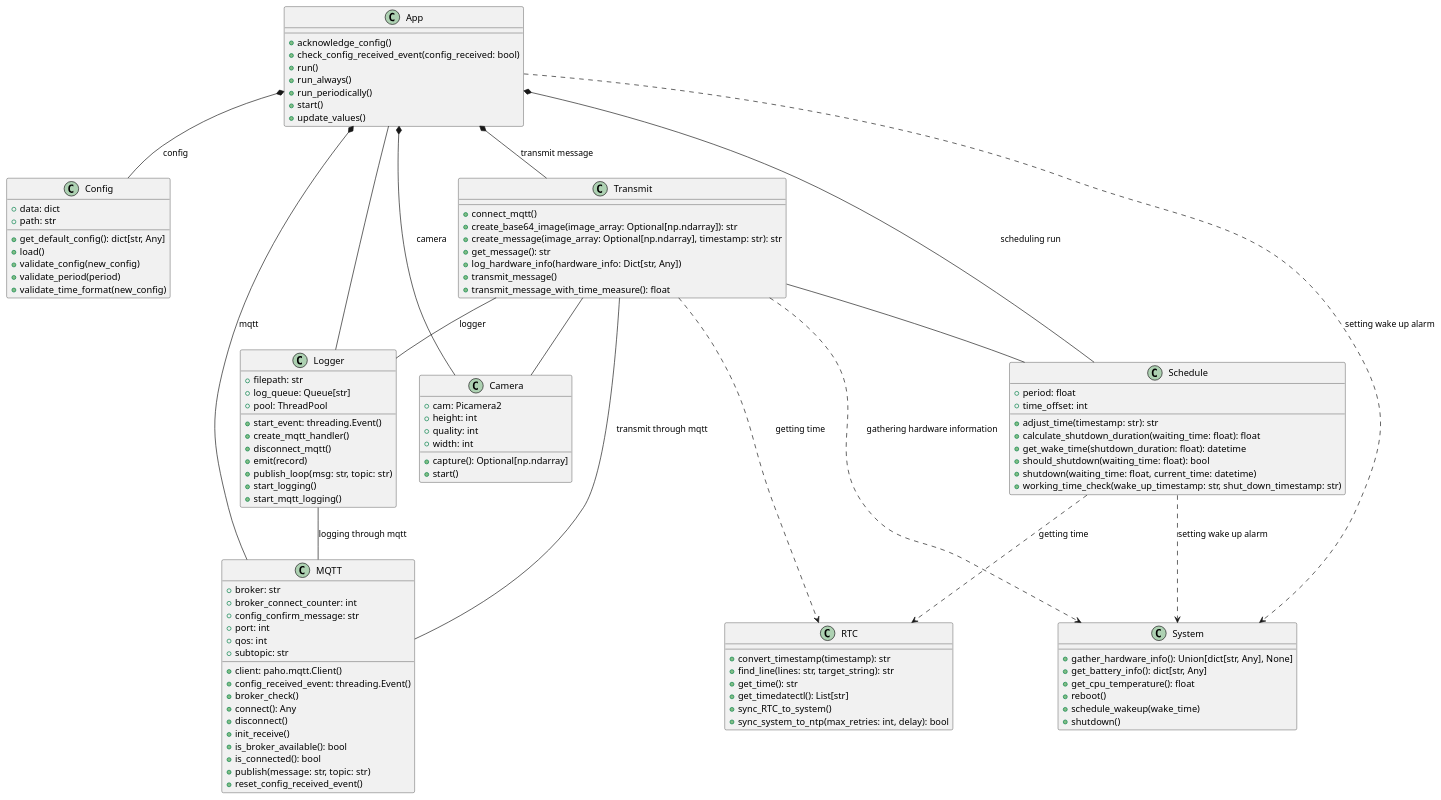
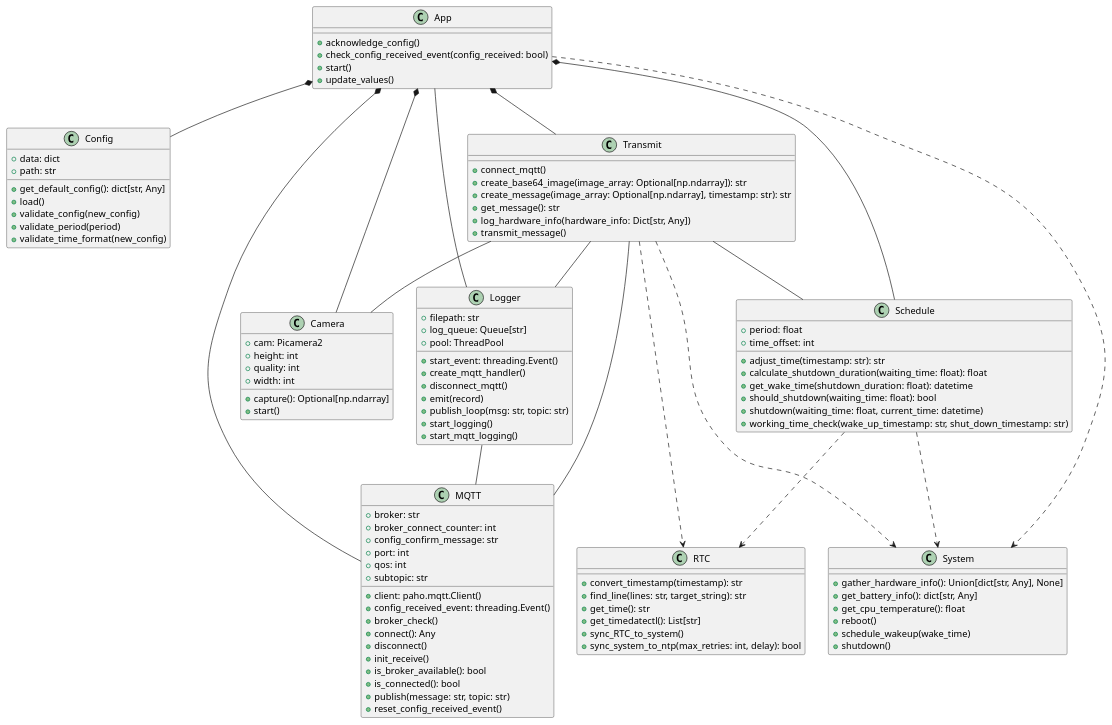
One commit to leventenyiri/AitiA changed the diagram in uml.puml. Above: the diagram before and after it, drawn with PlantUML. The commit also changed 1 other file, not shown here.

Commit message:
changed diagrams

```diff
--- a/uml.puml
+++ b/uml.puml
@@ -1,128 +1,124 @@
 @startuml classes
 
-' Main Application Class
+' Main Application
 class App {
     +acknowledge_config()
     +check_config_received_event(config_received: bool)
-    +run()
-    +run_always()
-    +run_periodically()
     +start()
     +update_values()
 }
 
 ' Core Components
 class Config {
     +data: dict
     +path: str
     +get_default_config(): dict[str, Any]
     +load()
     +validate_config(new_config)
     +validate_period(period)
     +validate_time_format(new_config)
 }
 
 class Camera {
     +cam: Picamera2
     +height: int
     +quality: int
     +width: int
     +capture(): Optional[np.ndarray]
     +start()
 }
 
 class MQTT {
     +broker: str
     +broker_connect_counter: int
     +client: paho.mqtt.Client()
     +config_confirm_message: str
     +config_received_event: threading.Event()
     +port: int
     +qos: int
     +subtopic: str
     +broker_check()
     +connect(): Any
     +disconnect()
     +init_receive()
     +is_broker_available(): bool
     +is_connected(): bool
     +publish(message: str, topic: str)
     +reset_config_received_event()
 }
 
 ' Utility Classes
 class Logger {
     +filepath: str
     +log_queue: Queue[str]
     +pool: ThreadPool
     +start_event: threading.Event()
     +create_mqtt_handler()
     +disconnect_mqtt()
     +emit(record)
     +publish_loop(msg: str, topic: str)
     +start_logging()
     +start_mqtt_logging()
 }
 
 class Schedule {
     +period: float
     +time_offset: int
     +adjust_time(timestamp: str): str
     +calculate_shutdown_duration(waiting_time: float): float
     +get_wake_time(shutdown_duration: float): datetime
     +should_shutdown(waiting_time: float): bool
     +shutdown(waiting_time: float, current_time: datetime)
     +working_time_check(wake_up_timestamp: str, shut_down_timestamp: str)
 }
 
 class Transmit {
     +connect_mqtt()
     +create_base64_image(image_array: Optional[np.ndarray]): str
     +create_message(image_array: Optional[np.ndarray], timestamp: str): str
     +get_message(): str
     +log_hardware_info(hardware_info: Dict[str, Any])
     +transmit_message()
-    +transmit_message_with_time_measure(): float
 }
 
 ' System-related Classes
 class RTC {
     +convert_timestamp(timestamp): str
     +find_line(lines: str, target_string): str
     +get_time(): str
     +get_timedatectl(): List[str]
     +sync_RTC_to_system()
     +sync_system_to_ntp(max_retries: int, delay): bool
 }
 
 class System {
     +gather_hardware_info(): Union[dict[str, Any], None]
     +get_battery_info(): dict[str, Any]
     +get_cpu_temperature(): float
     +reboot()
     +schedule_wakeup(wake_time)
     +shutdown()
 }
 
 ' Relationships
-App *-- Config : config
-App *-- Camera : camera
-App *-- MQTT : mqtt
-App *-- Schedule : "scheduling run"
-App *-- Transmit : "transmit message"
+App *-- Config
+App *-- Camera
+App *-- MQTT
+App *-- Schedule
+App *-- Transmit
 App -- Logger
 
 Transmit -- Camera
-Transmit -- Logger : logger
-Transmit -- MQTT : transmit through mqtt
+Transmit -- Logger
+Transmit -- MQTT
 Transmit -- Schedule
 
-Logger -- MQTT : "logging through mqtt"
+Logger -- MQTT
 
-Schedule ..> RTC : "getting time"
-Transmit ..> RTC : "getting time"
-App ..> System : "setting wake up alarm"
-Schedule ..> System : "setting wake up alarm"
-Transmit ..> System : "gathering hardware information"
+Schedule ..> RTC
+Transmit ..> RTC
+App ..> System
+Schedule ..> System
+Transmit ..> System
 
 @enduml
```
